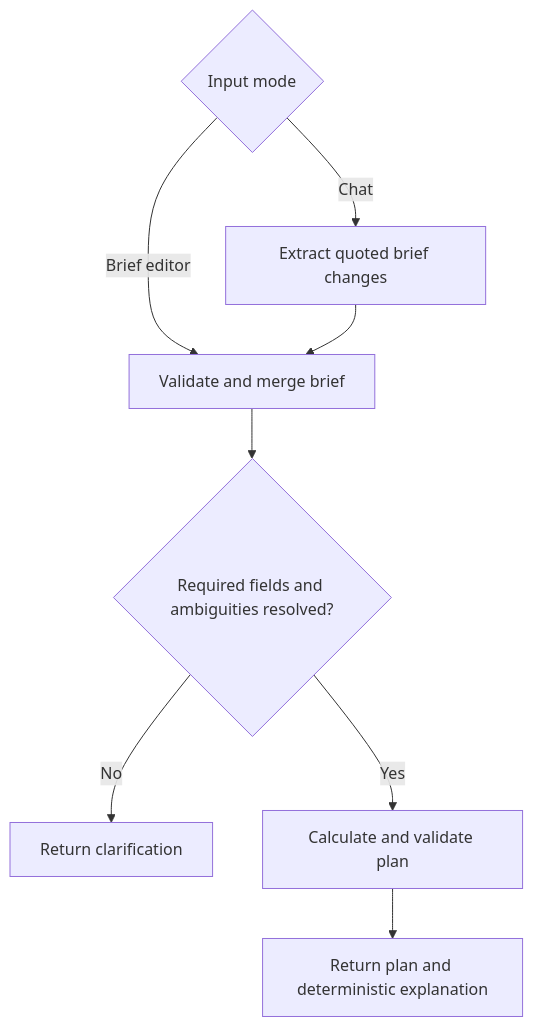
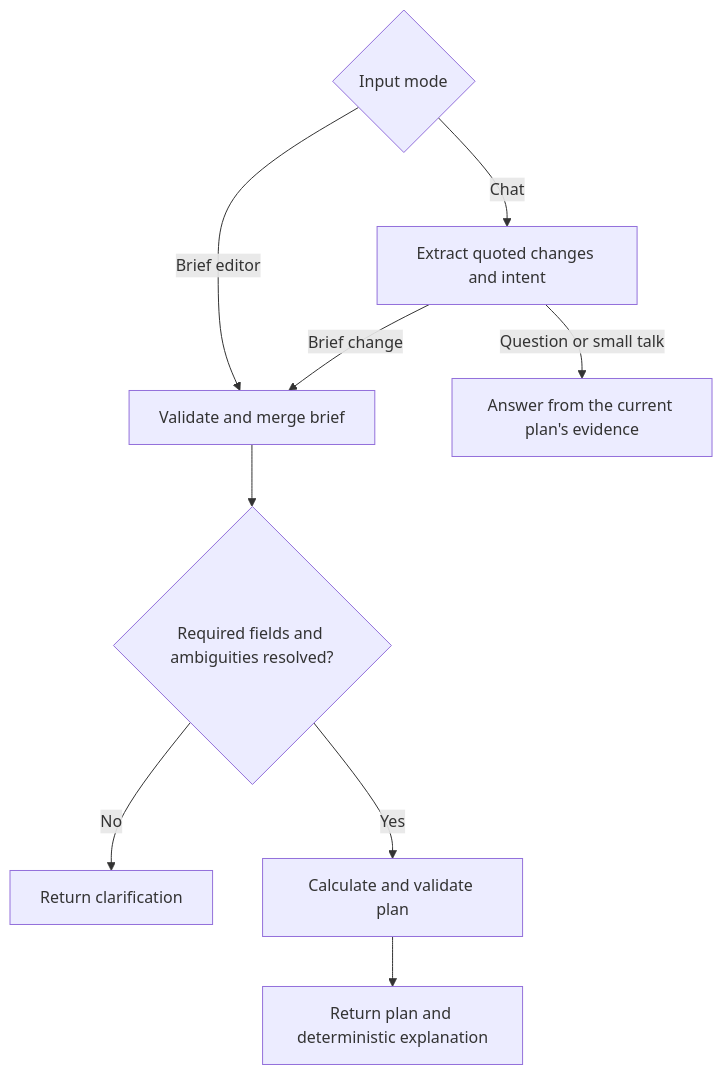
The second of 2 diagrams in README.md (rotsen6/media-planner), drawn with Mermaid before and after one commit. The commit also changed other lines of this file and 8 other files, not shown here.

````diff
--- a/README.md
+++ b/README.md
@@ -50,10 +50,11 @@
 ```mermaid
 flowchart TD
-  Mode{Input mode} -->|Chat| Extract[Extract quoted brief changes]
+  Mode{Input mode} -->|Chat| Extract[Extract quoted changes and intent]
   Mode -->|Brief editor| Merge[Validate and merge brief]
-  Extract --> Merge
+  Extract -->|Brief change| Merge
+  Extract -->|Question or small talk| Answer[Answer from the current plan's evidence]
   Merge --> Complete{Required fields and ambiguities resolved?}
   Complete -->|No| Clarify[Return clarification]
   Complete -->|Yes| Calculate[Calculate and validate plan]
   Calculate --> Return[Return plan and deterministic explanation]
 ```
````
